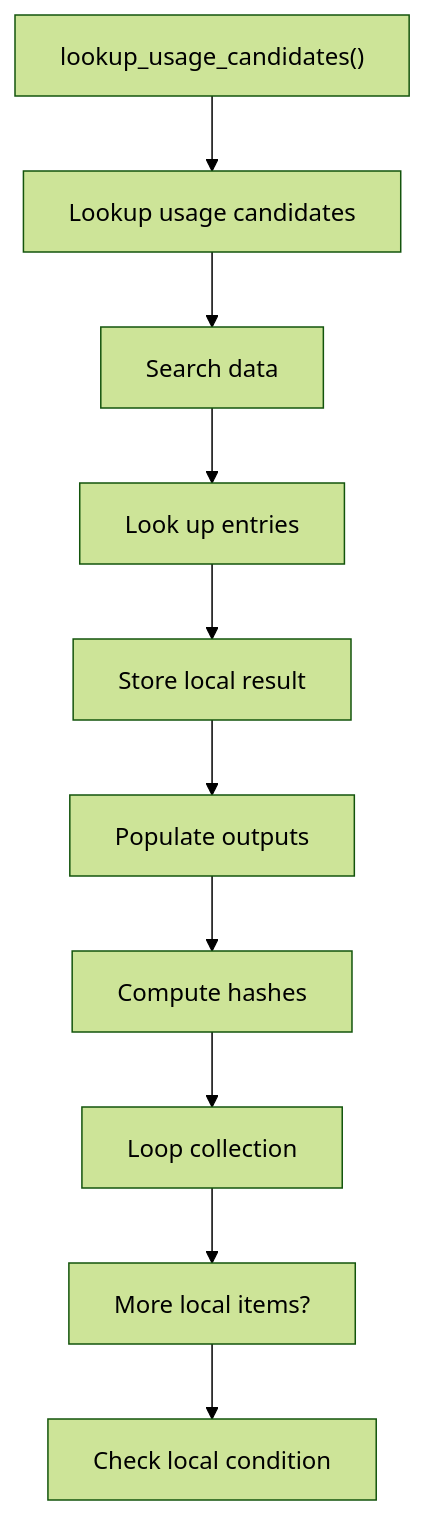
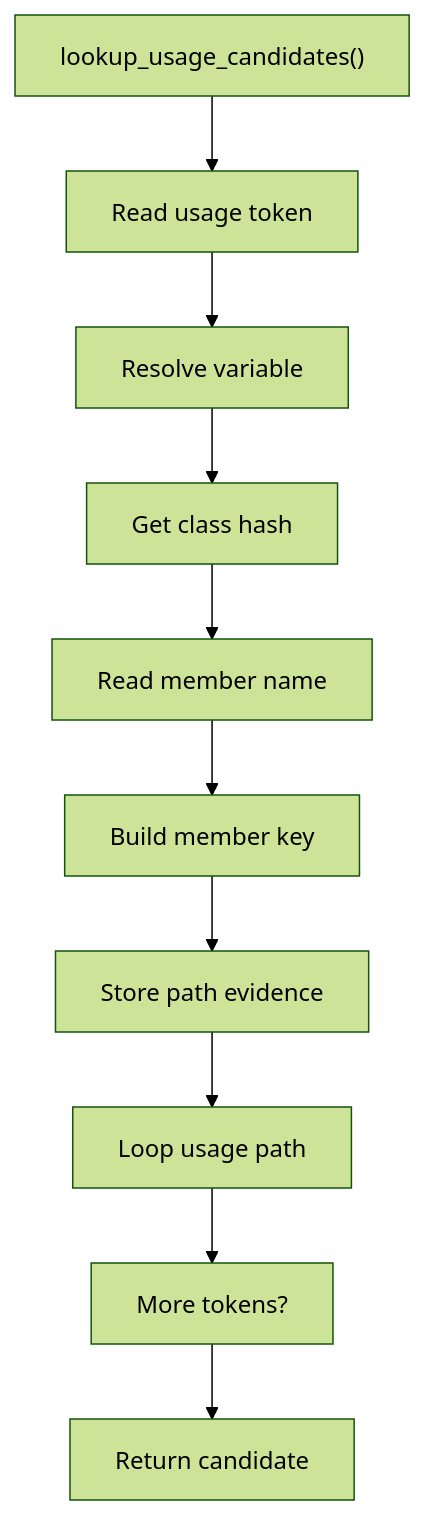
The first of 2 diagrams in docs/Codebase/Microservice/Modules/Source/HashingMechanism/HashLinks/Collect/Flow/functions/lookup_usage_candidates.cpp.md (JohnAndrewBalbarosa/NeoTerritory), drawn with Mermaid (forest theme) before and after one commit. The commit also changed other lines of this file and 147 other files, not shown here.

````diff
--- a/docs/Codebase/Microservice/Modules/Source/HashingMechanism/HashLinks/Collect/Flow/functions/lookup_usage_candidates.cpp.md
+++ b/docs/Codebase/Microservice/Modules/Source/HashingMechanism/HashLinks/Collect/Flow/functions/lookup_usage_candidates.cpp.md
@@ -29,22 +35,22 @@
 ```mermaid
 flowchart TD
     N0["lookup_usage_candidates()"]
-    N1["Lookup usage candidates"]
-    N2["Search data"]
-    N3["Look up entries"]
-    N4["Store local result"]
-    N5["Populate outputs"]
-    N6["Compute hashes"]
-    N7["Loop collection"]
-    N8["More local items?"]
-    N9["Check local condition"]
+    N1["Read usage token"]
+    N2["Resolve variable"]
+    N3["Get class hash"]
+    N4["Read member name"]
+    N5["Build member key"]
+    N6["Store path evidence"]
+    N7["Loop usage path"]
+    N8["More tokens?"]
+    N9["Return candidate"]
     N0 --> N1
     N1 --> N2
     N2 --> N3
     N3 --> N4
     N4 --> N5
     N5 --> N6
     N6 --> N7
     N7 --> N8
     N8 --> N9
 ```
````
